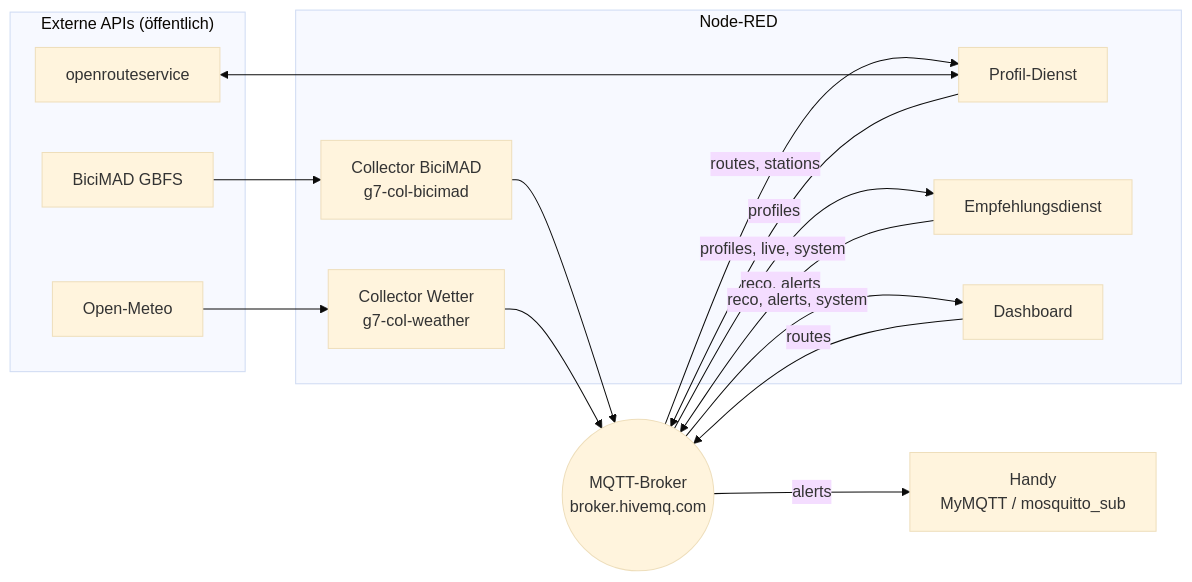
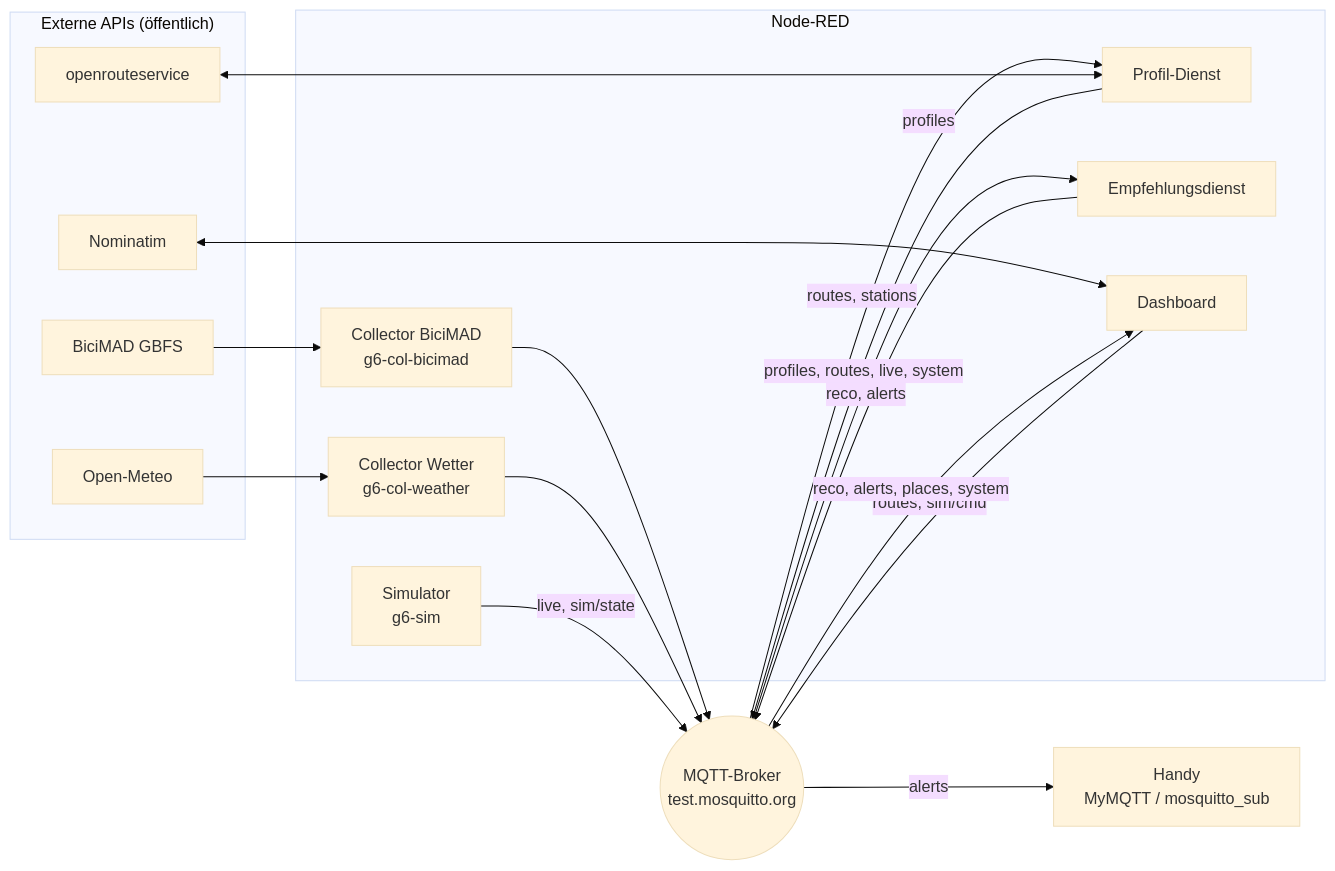
The diagram in README.md (gabninos/madrid-move), drawn with Mermaid (base theme) before and after one commit. The commit also changed other lines of this file and 7 other files, not shown here.

````diff
--- a/README.md
+++ b/README.md
@@ -13,28 +13,32 @@
 ```mermaid
 flowchart LR
   subgraph Quellen["Externe APIs (öffentlich)"]
     GBFS[BiciMAD GBFS]
     OM[Open-Meteo]
     ORS[openrouteservice]
+    NOM[Nominatim]
   end
   subgraph NR["Node-RED"]
-    CB[Collector BiciMAD<br/>g7-col-bicimad]
-    CW[Collector Wetter<br/>g7-col-weather]
+    CB[Collector BiciMAD<br/>g6-col-bicimad]
+    CW[Collector Wetter<br/>g6-col-weather]
+    SIM[Simulator<br/>g6-sim]
     PD[Profil-Dienst]
     RE[Empfehlungsdienst]
     DB[Dashboard]
   end
-  BR((MQTT-Broker<br/>broker.hivemq.com))
+  BR((MQTT-Broker<br/>test.mosquitto.org))
   H[Handy<br/>MyMQTT / mosquitto_sub]
 
   GBFS --> CB --> BR
   OM --> CW --> BR
-  DB -- routes --> BR
+  SIM -- live, sim/state --> BR
+  NOM <--> DB
+  DB -- routes, sim/cmd --> BR
   BR -- routes, stations --> PD
   ORS <--> PD
   PD -- profiles --> BR
-  BR -- profiles, live, system --> RE
+  BR -- profiles, routes, live, system --> RE
   RE -- reco, alerts --> BR
-  BR -- reco, alerts, system --> DB
+  BR -- reco, alerts, places, system --> DB
   BR -- alerts --> H
 ```
````
